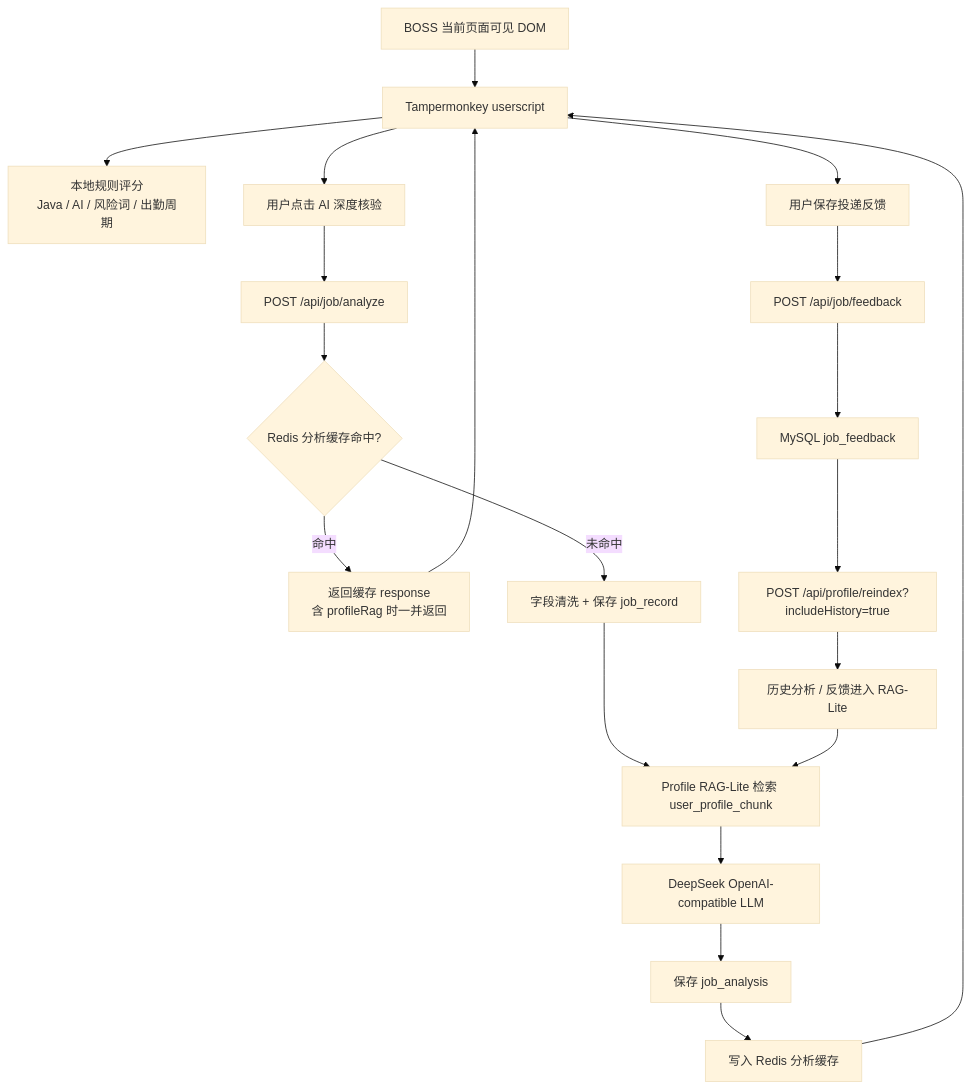
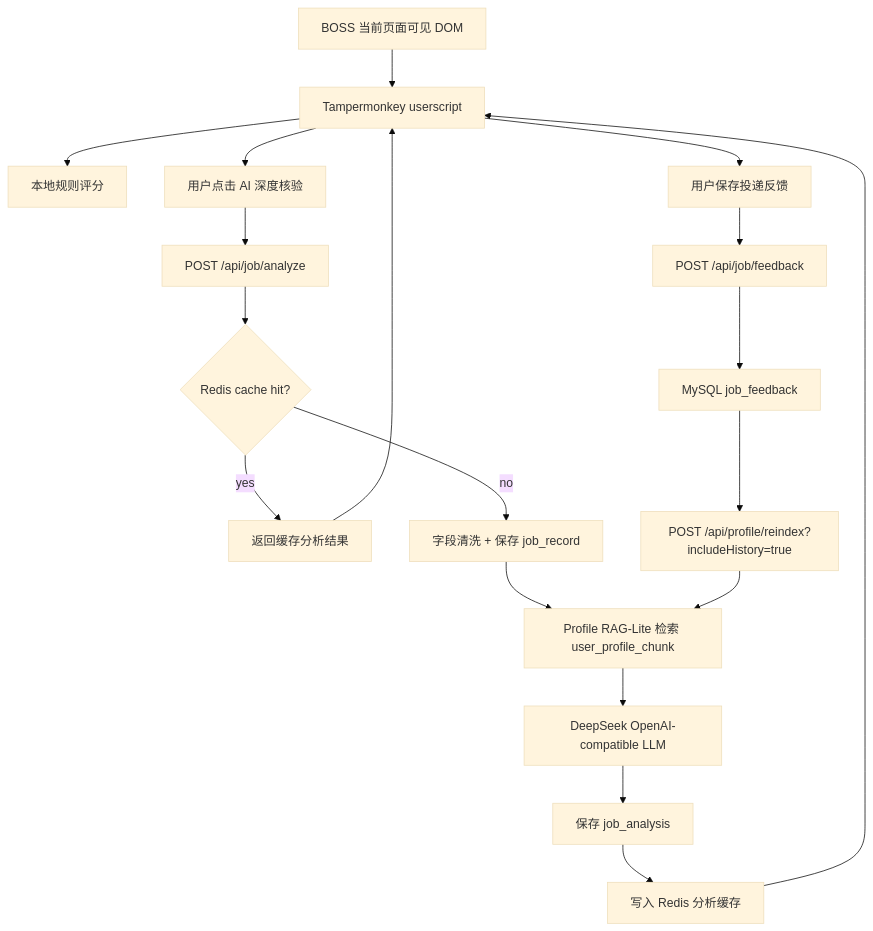
One commit to litao310294-cyber/ai-job-application-tracker-toolkit changed the diagram in README.md. Above: the diagram before and after it, drawn with Mermaid (base theme). The commit also changed other lines of this file and 14 other files, not shown here.

````diff
--- a/README.md
+++ b/README.md
@@ -24,22 +23,21 @@
 ```mermaid
 flowchart TD
   A["BOSS 当前页面可见 DOM"] --> B["Tampermonkey userscript"]
-  B --> C["本地规则评分<br/>Java / AI / 风险词 / 出勤周期"]
+  B --> C["本地规则评分"]
   B --> D["用户点击 AI 深度核验"]
   D --> E["POST /api/job/analyze"]
-  E --> F{"Redis 分析缓存命中?"}
-  F -- "命中" --> G["返回缓存 response<br/>含 profileRag 时一并返回"]
-  F -- "未命中" --> H["字段清洗 + 保存 job_record"]
+  E --> F{"Redis cache hit?"}
+  F -- "yes" --> G["返回缓存分析结果"]
+  F -- "no" --> H["字段清洗 + 保存 job_record"]
   H --> I["Profile RAG-Lite 检索 user_profile_chunk"]
   I --> J["DeepSeek OpenAI-compatible LLM"]
   J --> K["保存 job_analysis"]
   K --> L["写入 Redis 分析缓存"]
   G --> B
   L --> B
   B --> M["用户保存投递反馈"]
   M --> N["POST /api/job/feedback"]
   N --> O["MySQL job_feedback"]
   O --> P["POST /api/profile/reindex?includeHistory=true"]
-  P --> Q["历史分析 / 反馈进入 RAG-Lite"]
-  Q --> I
+  P --> I
 ```
````
